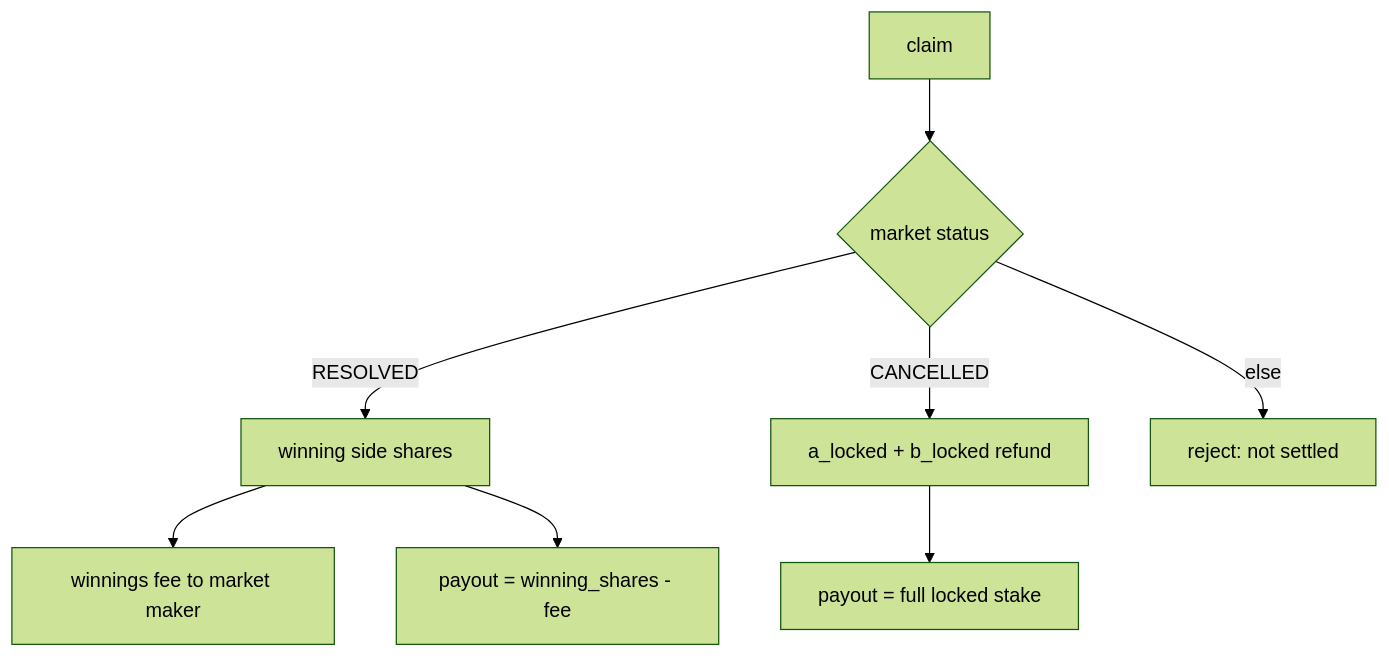
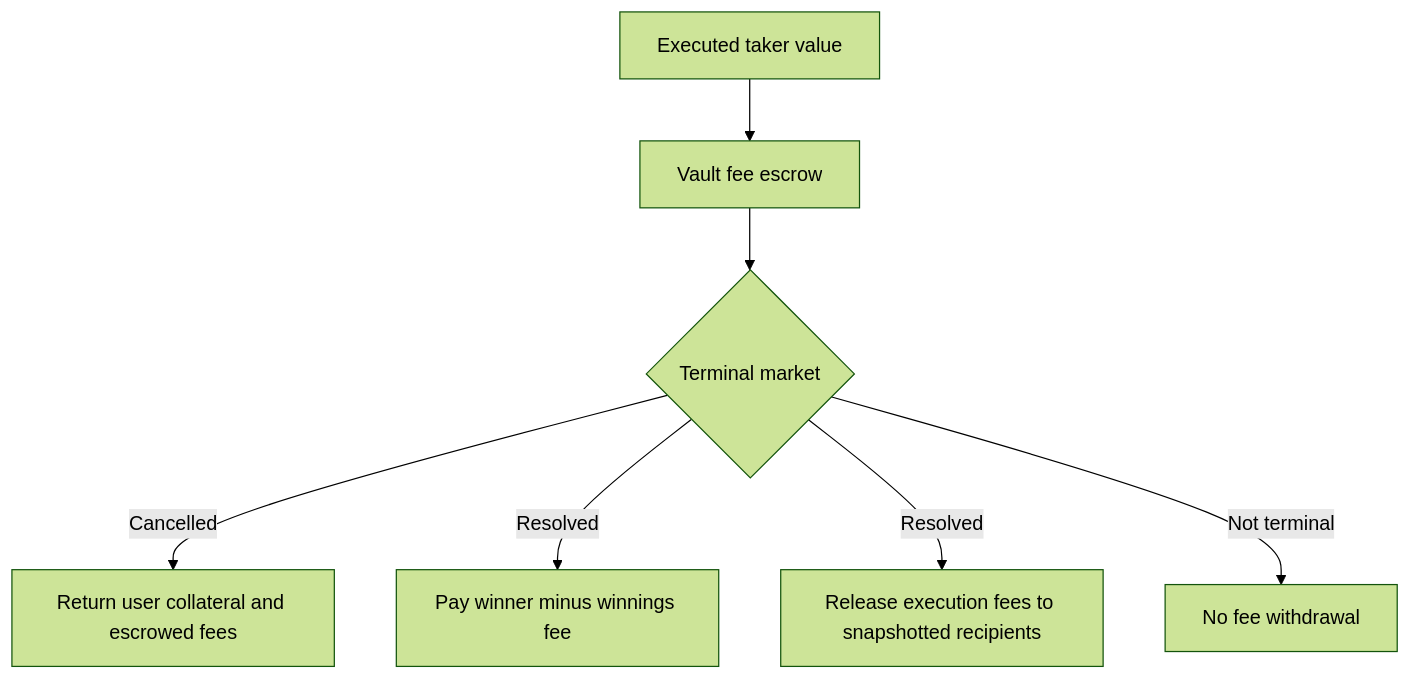
The third of 3 diagrams in docs/protocol/state-transition-diagrams.md (HyperscapeAI/hyperbet), drawn with Mermaid (forest theme) before and after one commit. The commit also changed other lines of this file and 772 other files, not shown here.

Commit message:
feat(solana): build launch-ready duel betting flow

````diff
--- a/docs/protocol/state-transition-diagrams.md
+++ b/docs/protocol/state-transition-diagrams.md
@@ -45,10 +41,9 @@
 ```mermaid
 flowchart TD
-    A[claim] --> B{market status}
-    B -->|RESOLVED| C[winning side shares]
-    B -->|CANCELLED| D[a_locked + b_locked refund]
-    B -->|else| E[reject: not settled]
-    C --> F[winnings fee to market maker]
-    C --> G[payout = winning_shares - fee]
-    D --> H[payout = full locked stake]
+    A[Executed taker value] --> B[Vault fee escrow]
+    B --> C{Terminal market}
+    C -->|Cancelled| D[Return user collateral and escrowed fees]
+    C -->|Resolved| E[Pay winner minus winnings fee]
+    C -->|Resolved| F[Release execution fees to snapshotted recipients]
+    C -->|Not terminal| G[No fee withdrawal]
 ```
````
